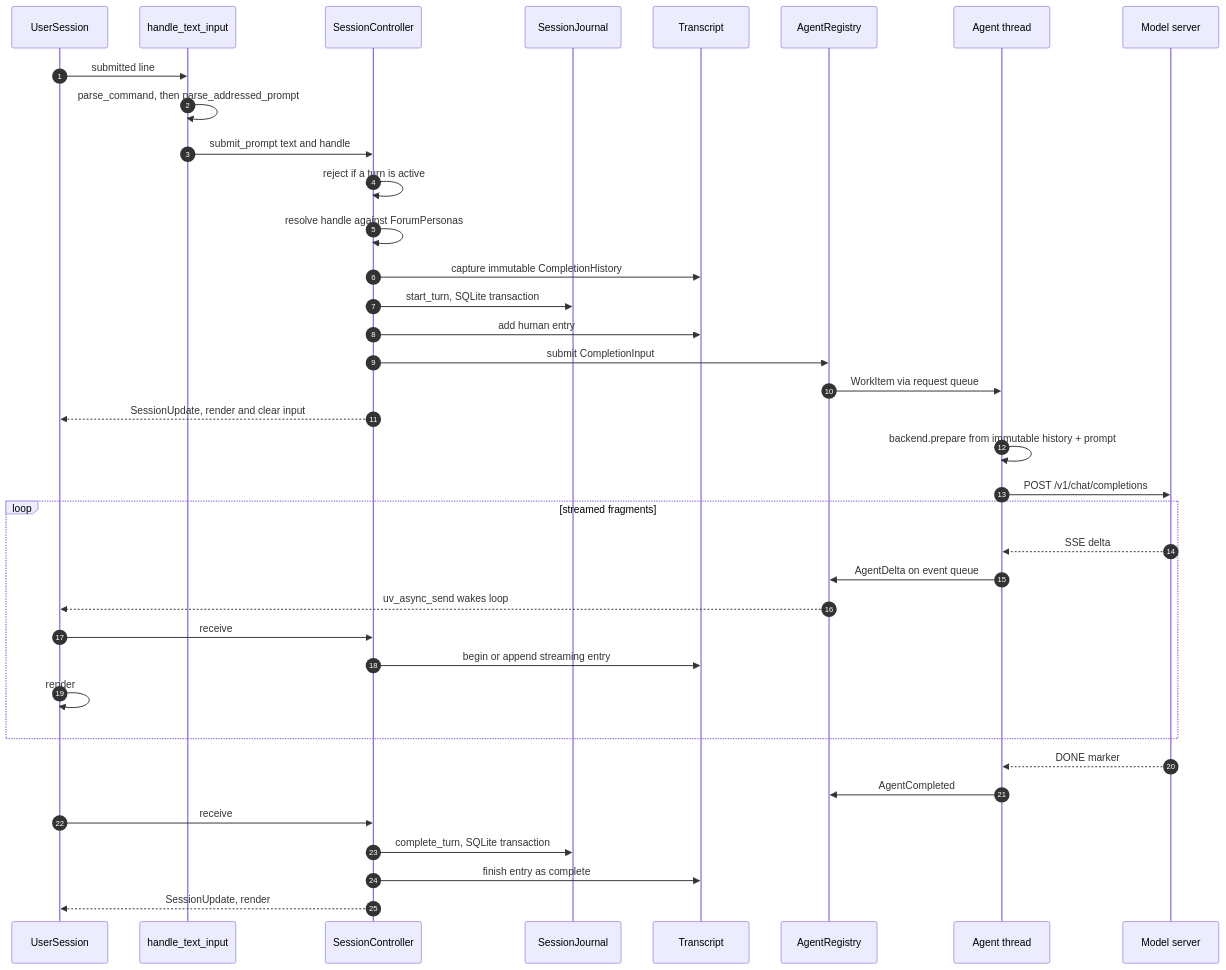
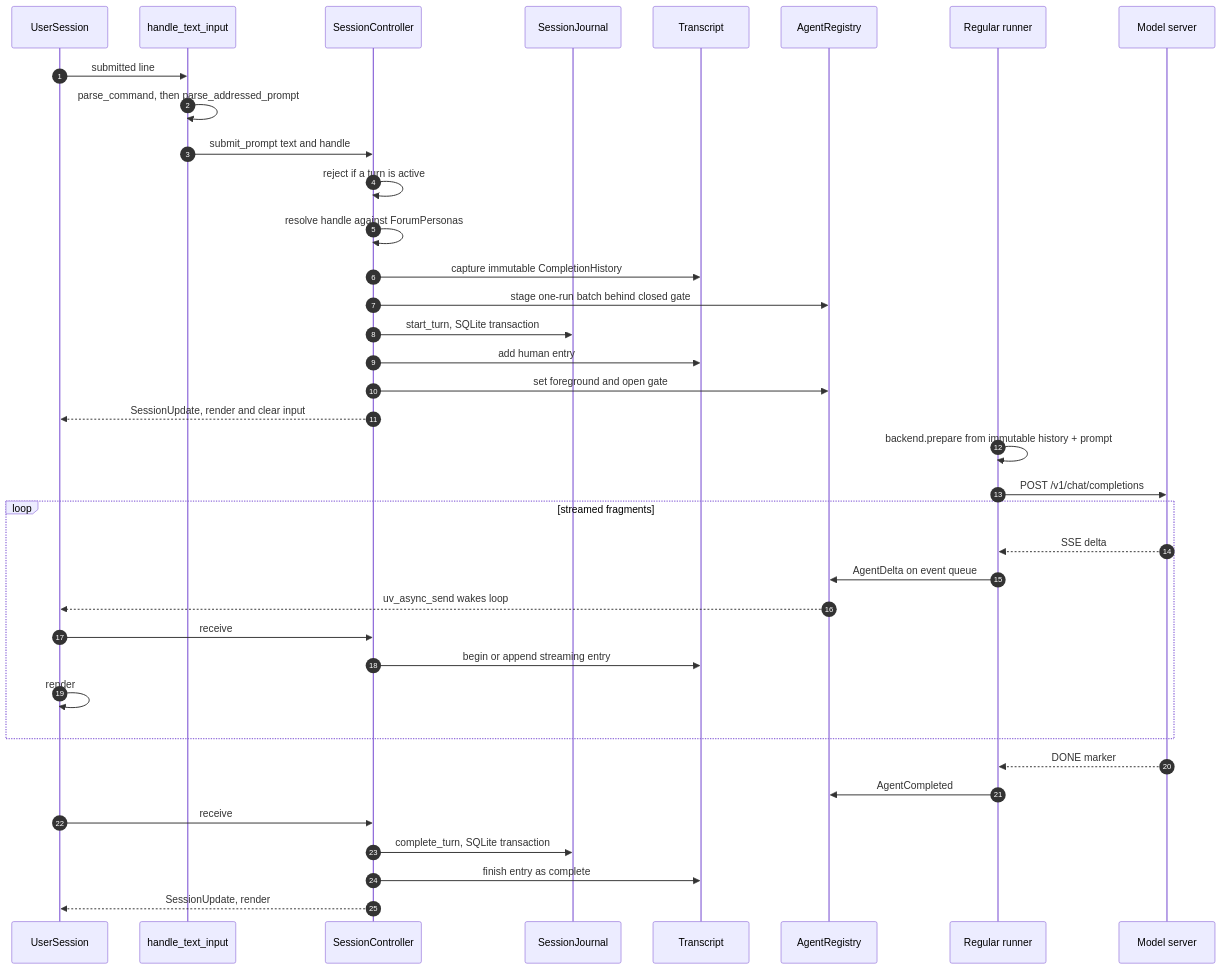
Before and after one commit to michaelpopov/cha: the third of 4 diagrams in src/README.md, drawn with Mermaid. The commit also changed other lines of this file and 14 other files, not shown here.

````diff
--- a/src/README.md
+++ b/src/README.md
@@ -219,41 +216,41 @@
 ```mermaid
 sequenceDiagram
     autonumber
     participant U as UserSession
     participant T as handle_text_input
     participant C as SessionController
     participant J as SessionJournal
     participant V as Transcript
     participant G as AgentRegistry
-    participant W as Agent thread
+    participant W as Regular runner
     participant P as Model server
 
     U->>T: submitted line
     T->>T: parse_command, then parse_addressed_prompt
     T->>C: submit_prompt text and handle
     C->>C: reject if a turn is active
     C->>C: resolve handle against ForumPersonas
     C->>V: capture immutable CompletionHistory
+    C->>G: stage one-run batch behind closed gate
     C->>J: start_turn, SQLite transaction
     C->>V: add human entry
-    C->>G: submit CompletionInput
-    G->>W: WorkItem via request queue
+    C->>G: set foreground and open gate
     C-->>U: SessionUpdate, render and clear input
 
     W->>W: backend.prepare from immutable history + prompt
     W->>P: POST /v1/chat/completions
     loop streamed fragments
         P-->>W: SSE delta
         W->>G: AgentDelta on event queue
         G-->>U: uv_async_send wakes loop
         U->>C: receive
         C->>V: begin or append streaming entry
         U->>U: render
     end
     P-->>W: DONE marker
     W->>G: AgentCompleted
     U->>C: receive
     C->>J: complete_turn, SQLite transaction
     C->>V: finish entry as complete
     C-->>U: SessionUpdate, render
 ```
````
